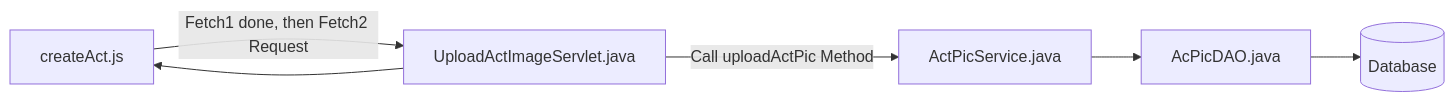
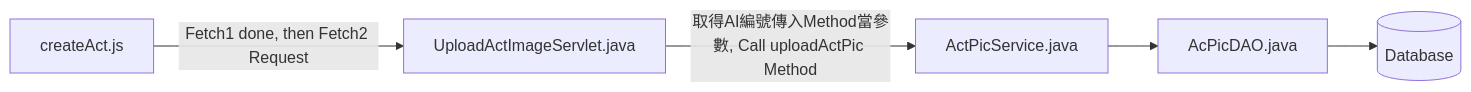
Before and after one commit to TLexYuW/CGA103G1OwnPart: the fourth of 13 diagrams in README.md, drawn with Mermaid. The commit also changed other lines of this file, not shown here.

Commit message:
LexVaultBackup: 2022-09-11 23:03:52
Affected files:
README.md

````diff
--- a/README.md
+++ b/README.md
@@ -73,7 +73,6 @@
 ```mermaid
 flowchart LR
 	cA[createAct.js] -->|Fetch1 done, then Fetch2 Request| UAIS[UploadActImageServlet.java] 
-	-->|Call uploadActPic Method| APS[ActPicService.java]
+	-->|取得AI編號傳入Method當參數, Call uploadActPic Method| APS[ActPicService.java]
 	--> APD[AcPicDAO.java] --> DB[(Database)]
-	UAIS --> cA
 ```
````
